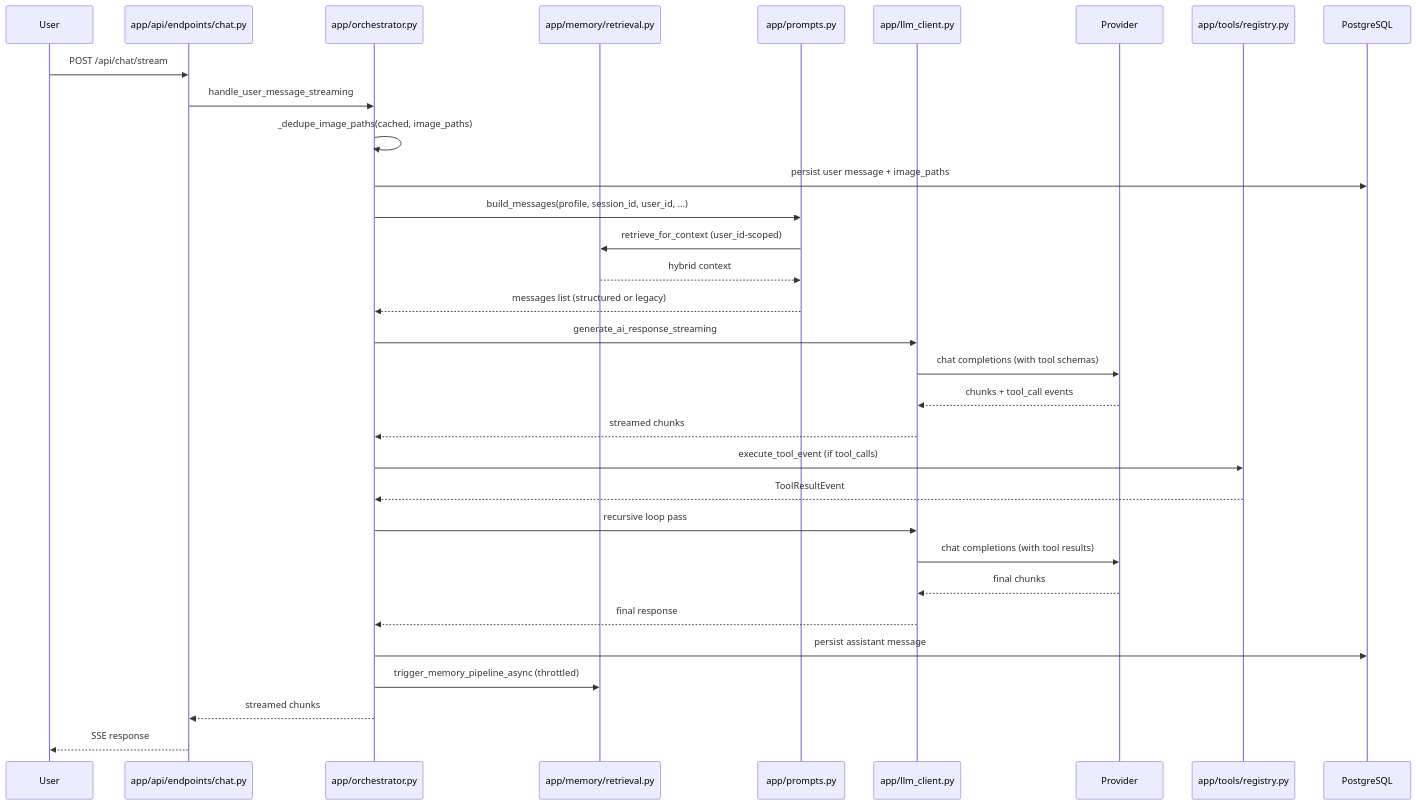
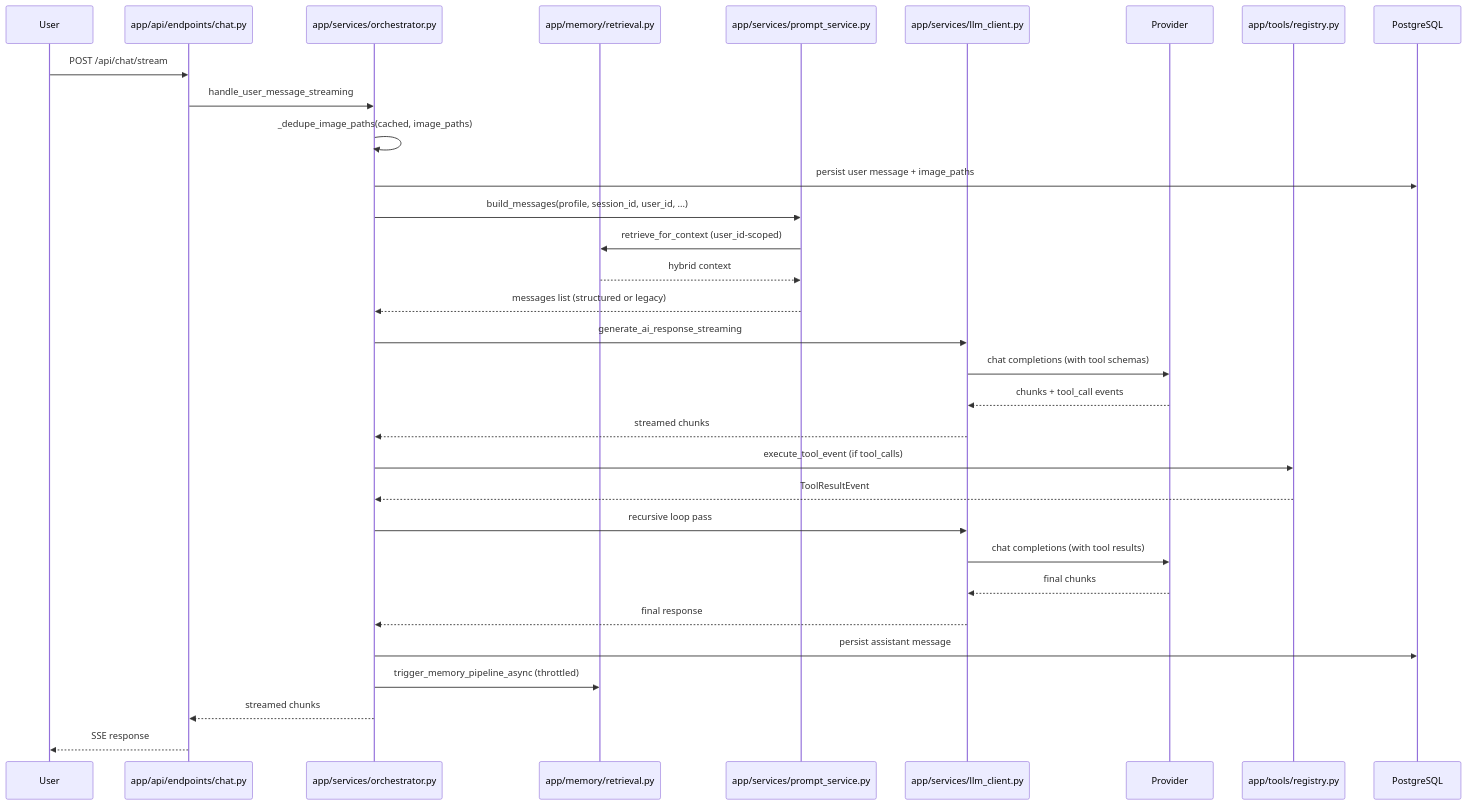
Before and after one commit to icedeyes12/yuzu-core: the seventh of 7 diagrams in app/README.md, drawn with Mermaid. The commit also changed other lines of this file and 48 other files, not shown here.

````diff
--- a/app/README.md
+++ b/app/README.md
@@ -557,35 +541,35 @@
 ```mermaid
 sequenceDiagram
     participant U as User
     participant API as app/api/endpoints/chat.py
-    participant O as app/orchestrator.py
+    participant O as app/services/orchestrator.py
     participant M as app/memory/retrieval.py
-    participant P as app/prompts.py
-    participant L as app/llm_client.py
+    participant P as app/services/prompt_service.py
+    participant L as app/services/llm_client.py
     participant PV as Provider
     participant T as app/tools/registry.py
     participant DB as PostgreSQL
 
     U->>API: POST /api/chat/stream
     API->>O: handle_user_message_streaming
     O->>O: _dedupe_image_paths(cached, image_paths)
     O->>DB: persist user message + image_paths
     O->>P: build_messages(profile, session_id, user_id, ...)
     P->>M: retrieve_for_context (user_id-scoped)
     M-->>P: hybrid context
     P-->>O: messages list (structured or legacy)
     O->>L: generate_ai_response_streaming
     L->>PV: chat completions (with tool schemas)
     PV-->>L: chunks + tool_call events
     L-->>O: streamed chunks
     O->>T: execute_tool_event (if tool_calls)
     T-->>O: ToolResultEvent
     O->>L: recursive loop pass
     L->>PV: chat completions (with tool results)
     PV-->>L: final chunks
     L-->>O: final response
     O->>DB: persist assistant message
     O->>M: trigger_memory_pipeline_async (throttled)
     O-->>API: streamed chunks
     API-->>U: SSE response
 ```
````
